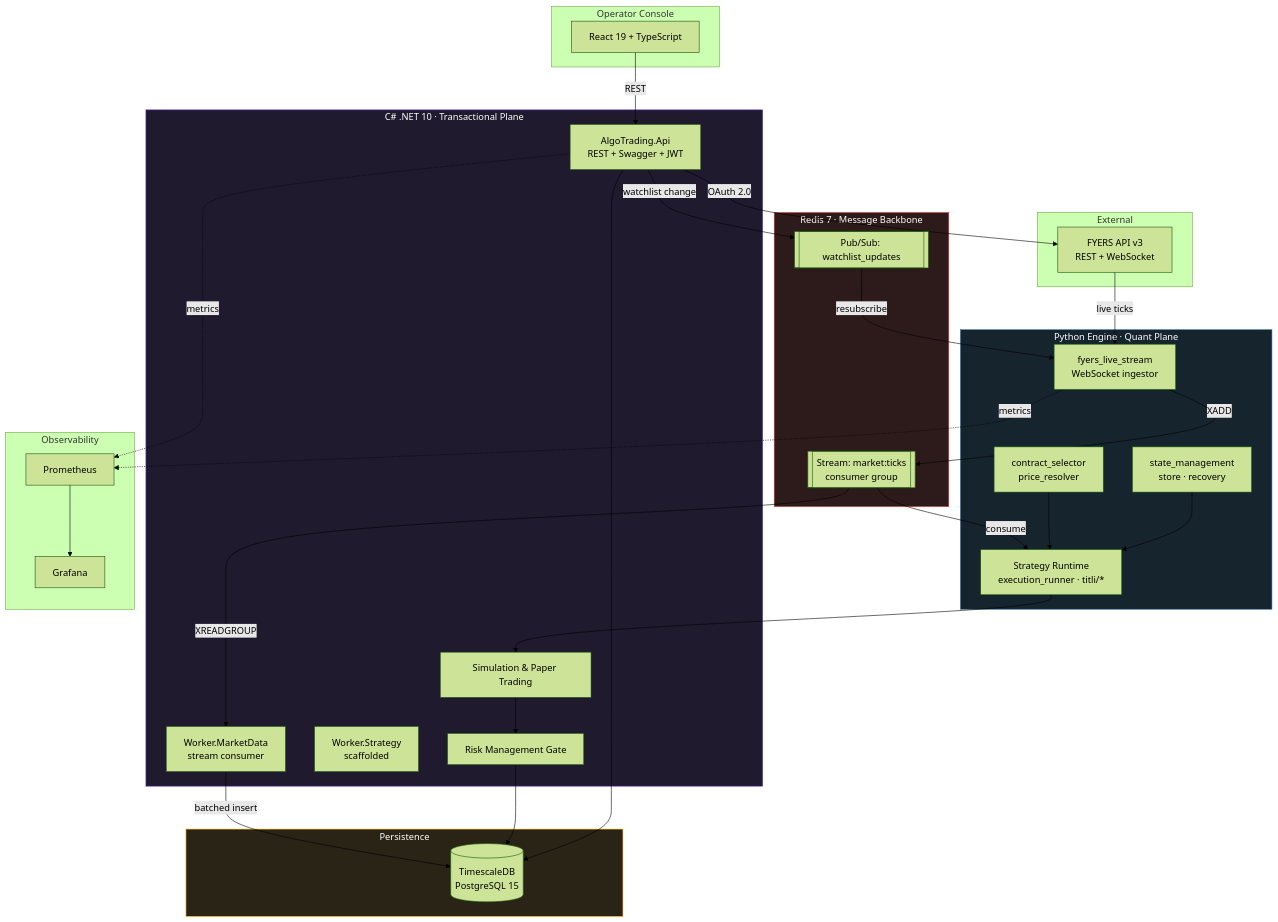
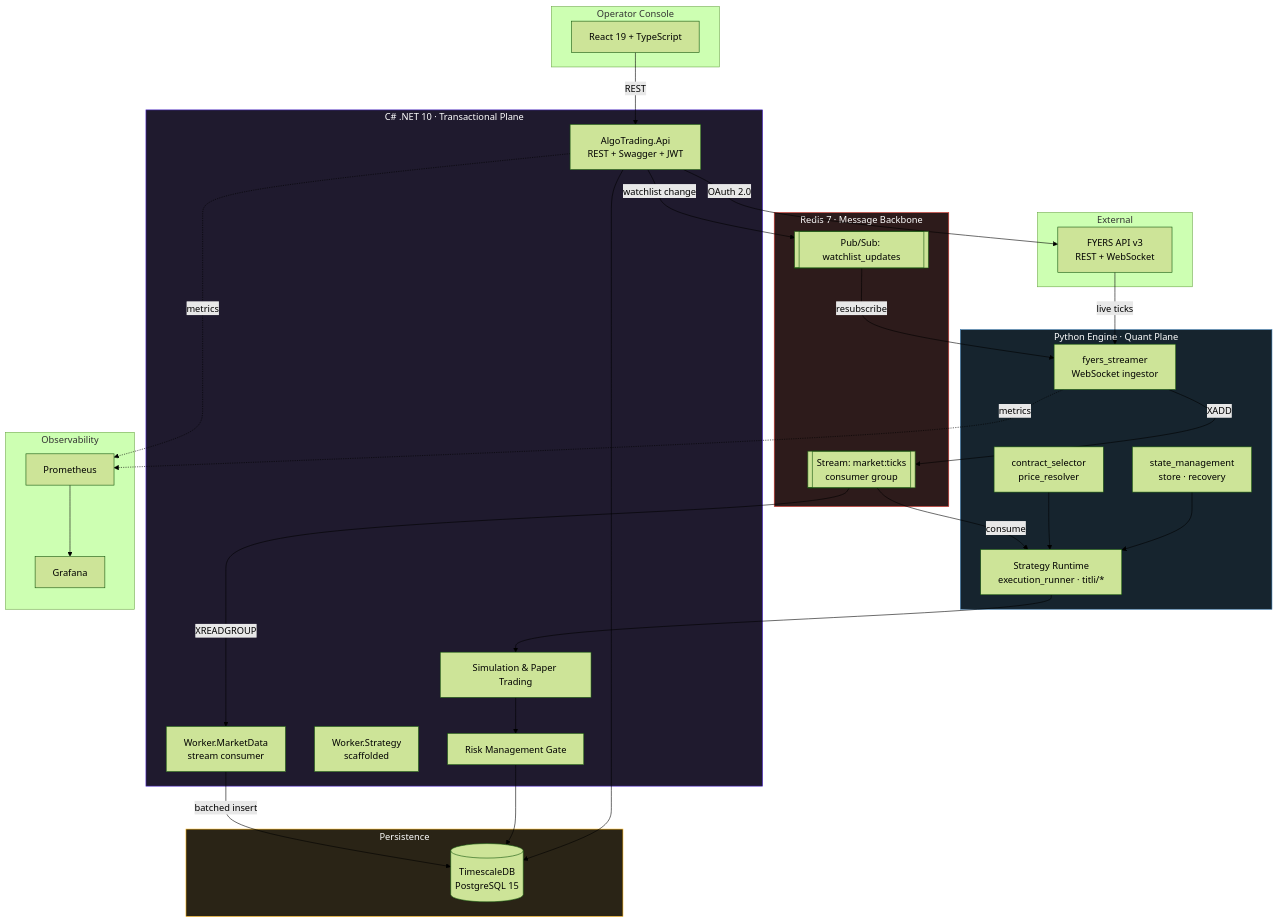
The second of 8 diagrams in docs/RESEARCH_AND_ARCHITECTURE.md (helloupendra/algorithmic-trading-engine), drawn with Mermaid (forest theme) before and after one commit. The commit also changed other lines of this file and 8 other files, not shown here.

````diff
--- a/docs/RESEARCH_AND_ARCHITECTURE.md
+++ b/docs/RESEARCH_AND_ARCHITECTURE.md
@@ -117,63 +117,63 @@
 ```mermaid
 graph TB
     subgraph EXT["External"]
         FY["FYERS API v3<br/>REST + WebSocket"]
     end
 
     subgraph PY["Python Engine · Quant Plane"]
-        ING["fyers_live_stream<br/>WebSocket ingestor"]
+        ING["fyers_streamer<br/>WebSocket ingestor"]
         STR["Strategy Runtime<br/>execution_runner · titli/*"]
         SEL["contract_selector<br/>price_resolver"]
         ST["state_management<br/>store · recovery"]
     end
 
     subgraph BUS["Redis 7 · Message Backbone"]
         STREAM[["Stream: market:ticks<br/>consumer group"]]
         PUBSUB[["Pub/Sub: watchlist_updates"]]
     end
 
     subgraph CS["C# .NET 10 · Transactional Plane"]
         API["AlgoTrading.Api<br/>REST + Swagger + JWT"]
         WMD["Worker.MarketData<br/>stream consumer"]
         WST["Worker.Strategy<br/>scaffolded"]
         SIM["Simulation & Paper Trading"]
         RISK["Risk Management Gate"]
     end
 
     subgraph DATA["Persistence"]
         TS[("TimescaleDB<br/>PostgreSQL 15")]
     end
 
     subgraph OBS["Observability"]
         PROM["Prometheus"]
         GRAF["Grafana"]
     end
 
     subgraph UI["Operator Console"]
         REACT["React 19 + TypeScript"]
     end
 
     FY -->|"live ticks"| ING
     ING -->|"XADD"| STREAM
     STREAM -->|"XREADGROUP"| WMD
     WMD -->|"batched insert"| TS
     API -->|"watchlist change"| PUBSUB
     PUBSUB -->|"resubscribe"| ING
     STREAM -->|"consume"| STR
     SEL --> STR
     ST --> STR
     STR --> SIM
     SIM --> RISK
     RISK --> TS
     API --> TS
     API -->|"OAuth 2.0"| FY
     REACT -->|"REST"| API
     PROM --> GRAF
     ING -.->|"metrics"| PROM
     API -.->|"metrics"| PROM
 
     style BUS fill:#2d1b1b,stroke:#dc382d,color:#fff
     style DATA fill:#2a2416,stroke:#fdb515,color:#fff
     style CS fill:#1f1a2e,stroke:#512bd4,color:#fff
     style PY fill:#16242e,stroke:#3776ab,color:#fff
 ```
````
